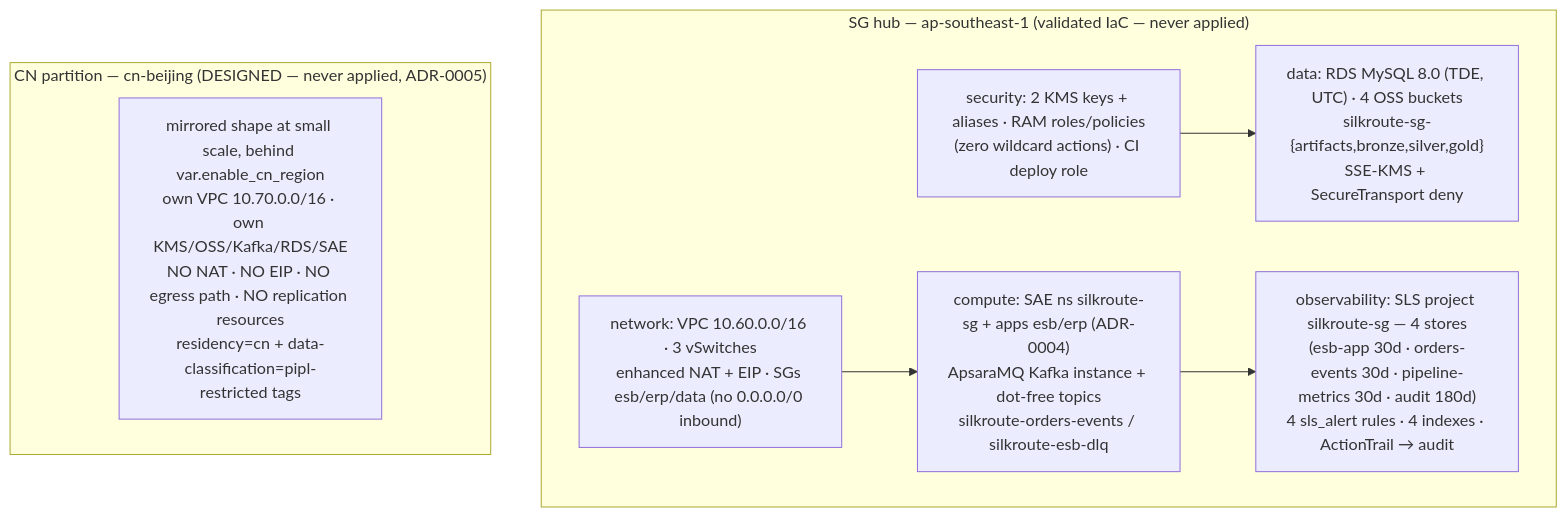
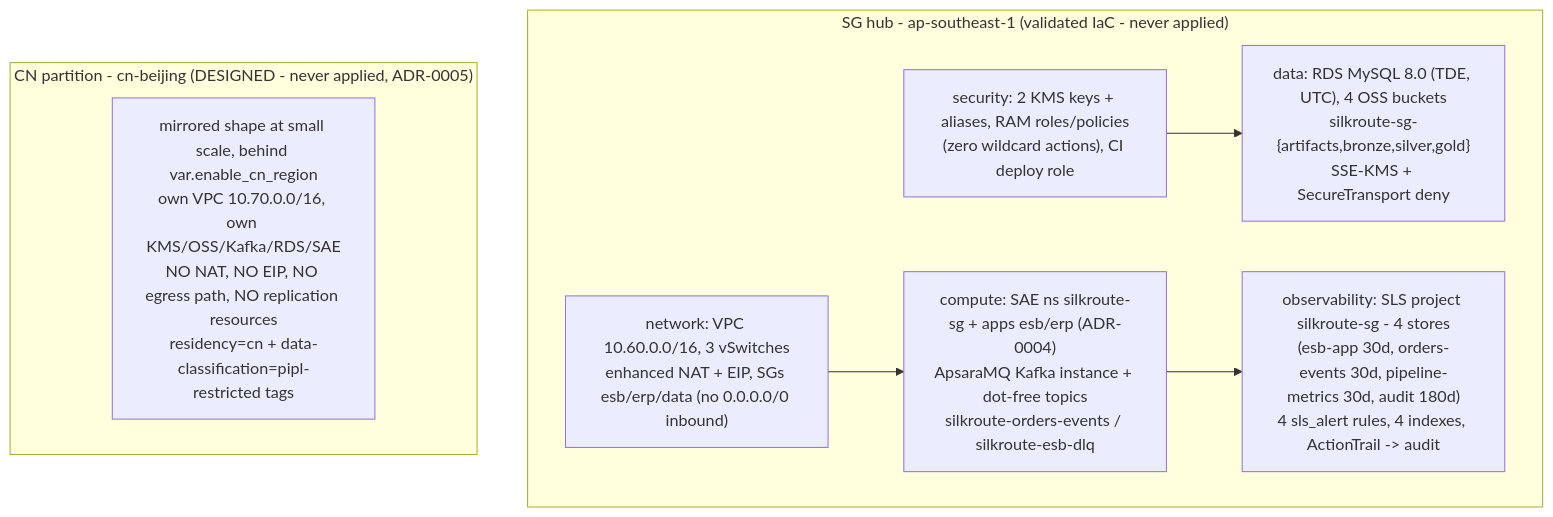
One commit to xenoaitham/silkroute changed the third of 3 diagrams in docs/hld.md. Above: the diagram before and after it, drawn with Mermaid. The commit also changed other lines of this file and 163 other files, not shown here.

````diff
--- a/docs/hld.md
+++ b/docs/hld.md
@@ -78,18 +78,18 @@
 ```mermaid
 flowchart TB
-    subgraph sg ["SG hub — ap-southeast-1 (validated IaC — never applied)"]
-        net["network: VPC 10.60.0.0/16 · 3 vSwitches<br/>enhanced NAT + EIP · SGs esb/erp/data (no 0.0.0.0/0 inbound)"]
-        sec["security: 2 KMS keys + aliases · RAM roles/policies<br/>(zero wildcard actions) · CI deploy role"]
-        data["data: RDS MySQL 8.0 (TDE, UTC) · 4 OSS buckets<br/>silkroute-sg-{artifacts,bronze,silver,gold}<br/>SSE-KMS + SecureTransport deny"]
-        compute["compute: SAE ns silkroute-sg + apps esb/erp (ADR-0004)<br/>ApsaraMQ Kafka instance + dot-free topics<br/>silkroute-orders-events / silkroute-esb-dlq"]
-        obs["observability: SLS project silkroute-sg — 4 stores<br/>(esb-app 30d · orders-events 30d · pipeline-metrics 30d · audit 180d)<br/>4 sls_alert rules · 4 indexes · ActionTrail → audit"]
-    end
+ subgraph sg ["SG hub - ap-southeast-1 (validated IaC - never applied)"]
+ net["network: VPC 10.60.0.0/16, 3 vSwitches<br/>enhanced NAT + EIP, SGs esb/erp/data (no 0.0.0.0/0 inbound)"]
+ sec["security: 2 KMS keys + aliases, RAM roles/policies<br/>(zero wildcard actions), CI deploy role"]
+ data["data: RDS MySQL 8.0 (TDE, UTC), 4 OSS buckets<br/>silkroute-sg-{artifacts,bronze,silver,gold}<br/>SSE-KMS + SecureTransport deny"]
+ compute["compute: SAE ns silkroute-sg + apps esb/erp (ADR-0004)<br/>ApsaraMQ Kafka instance + dot-free topics<br/>silkroute-orders-events / silkroute-esb-dlq"]
+ obs["observability: SLS project silkroute-sg - 4 stores<br/>(esb-app 30d, orders-events 30d, pipeline-metrics 30d, audit 180d)<br/>4 sls_alert rules, 4 indexes, ActionTrail -> audit"]
+ end
 
-    subgraph cn ["CN partition — cn-beijing (DESIGNED — never applied, ADR-0005)"]
-        cnall["mirrored shape at small scale, behind var.enable_cn_region<br/>own VPC 10.70.0.0/16 · own KMS/OSS/Kafka/RDS/SAE<br/>NO NAT · NO EIP · NO egress path · NO replication resources<br/>residency=cn + data-classification=pipl-restricted tags"]
-    end
+ subgraph cn ["CN partition - cn-beijing (DESIGNED - never applied, ADR-0005)"]
+ cnall["mirrored shape at small scale, behind var.enable_cn_region<br/>own VPC 10.70.0.0/16, own KMS/OSS/Kafka/RDS/SAE<br/>NO NAT, NO EIP, NO egress path, NO replication resources<br/>residency=cn + data-classification=pipl-restricted tags"]
+ end
 
-    net --> compute
-    sec --> data
-    compute --> obs
+ net --> compute
+ sec --> data
+ compute --> obs
 ```
````
